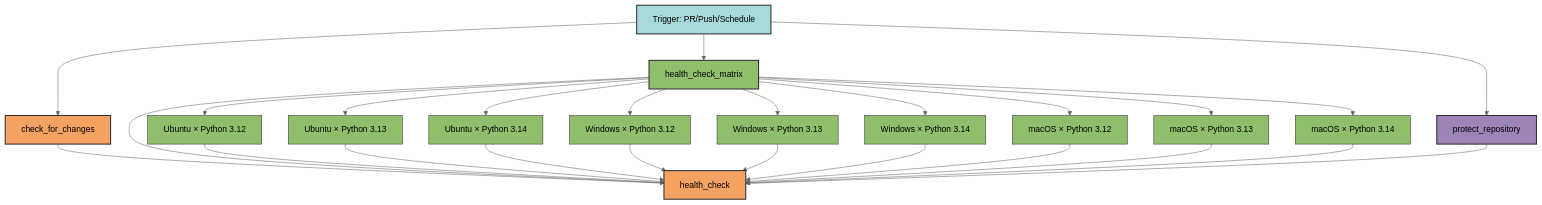
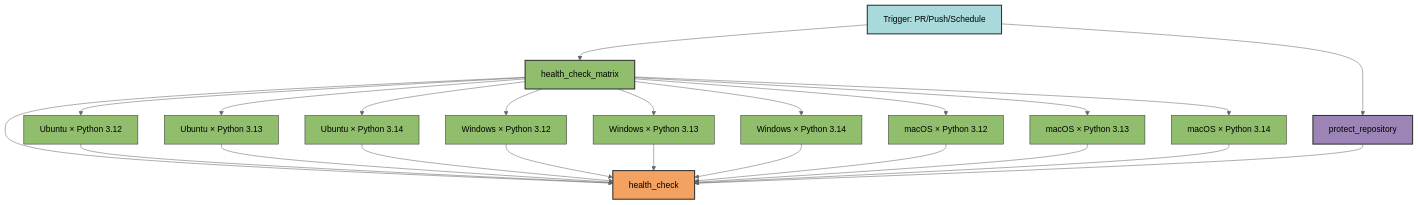
One commit to Winipedia/pyrig changed the first of 4 diagrams in docs/configs/workflows/health_check.md. Above: the diagram before and after it, drawn with Mermaid (neutral theme). The commit also changed other lines of this file and 6 other files, not shown here.

````diff
--- a/docs/configs/workflows/health_check.md
+++ b/docs/configs/workflows/health_check.md
@@ -45,44 +45,41 @@
 ```mermaid
 graph TD
-    A[Trigger: PR/Push/Schedule] --> CH[check_for_changes]
-    A --> B[health_check_matrix]
+    A[Trigger: PR/Push/Schedule] --> B[health_check_matrix]
     A --> P[protect_repository]
-    CH --> C[health_check]
-    B --> C
+    B --> C[health_check]
     P --> C
 
     B --> B1[Ubuntu × Python 3.12]
     B --> B2[Ubuntu × Python 3.13]
     B --> B3[Ubuntu × Python 3.14]
     B --> B4[Windows × Python 3.12]
     B --> B5[Windows × Python 3.13]
     B --> B6[Windows × Python 3.14]
     B --> B7[macOS × Python 3.12]
     B --> B8[macOS × Python 3.13]
     B --> B9[macOS × Python 3.14]
 
     B1 --> C
     B2 --> C
     B3 --> C
     B4 --> C
     B5 --> C
     B6 --> C
     B7 --> C
     B8 --> C
     B9 --> C
 
     style A fill:#a8dadc,stroke:#333,stroke-width:2px,color:#000
-    style CH fill:#f4a261,stroke:#333,stroke-width:2px,color:#000
     style B fill:#90be6d,stroke:#333,stroke-width:2px,color:#000
     style P fill:#9d84b7,stroke:#333,stroke-width:2px,color:#000
     style C fill:#f4a261,stroke:#333,stroke-width:2px,color:#000
     style B1 fill:#90be6d,stroke:#333,stroke-width:1px,color:#000
     style B2 fill:#90be6d,stroke:#333,stroke-width:1px,color:#000
     style B3 fill:#90be6d,stroke:#333,stroke-width:1px,color:#000
     style B4 fill:#90be6d,stroke:#333,stroke-width:1px,color:#000
     style B5 fill:#90be6d,stroke:#333,stroke-width:1px,color:#000
     style B6 fill:#90be6d,stroke:#333,stroke-width:1px,color:#000
     style B7 fill:#90be6d,stroke:#333,stroke-width:1px,color:#000
     style B8 fill:#90be6d,stroke:#333,stroke-width:1px,color:#000
     style B9 fill:#90be6d,stroke:#333,stroke-width:1px,color:#000
 ```
````
